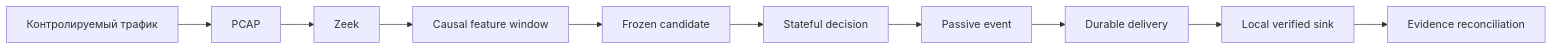
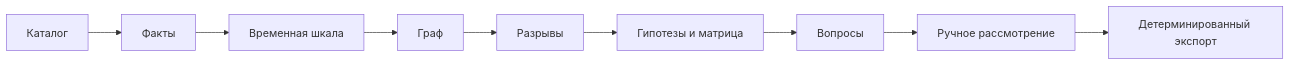
One commit to mikuliv/filin changed the third of 4 diagrams in docs/architecture/overview.md. Above: the diagram before and after it, drawn with Mermaid. The commit also changed other lines of this file and 129 other files, not shown here.

````diff
--- a/docs/architecture/overview.md
+++ b/docs/architecture/overview.md
@@ -5,12 +88,11 @@
 ```mermaid
 flowchart LR
-    A["Контролируемый трафик"] --> B["PCAP"]
-    B --> C["Zeek"]
-    C --> D["Causal feature window"]
-    D --> E["Frozen candidate"]
-    E --> F["Stateful decision"]
-    F --> G["Passive event"]
-    G --> H["Durable delivery"]
-    H --> I["Local verified sink"]
-    I --> J["Evidence reconciliation"]
+    A["Каталог"] --> B["Факты"]
+    B --> C["Временная шкала"]
+    C --> D["Граф"]
+    D --> E["Разрывы"]
+    E --> F["Гипотезы и матрица"]
+    F --> G["Вопросы"]
+    G --> H["Ручное рассмотрение"]
+    H --> I["Детерминированный экспорт"]
 ```
````
